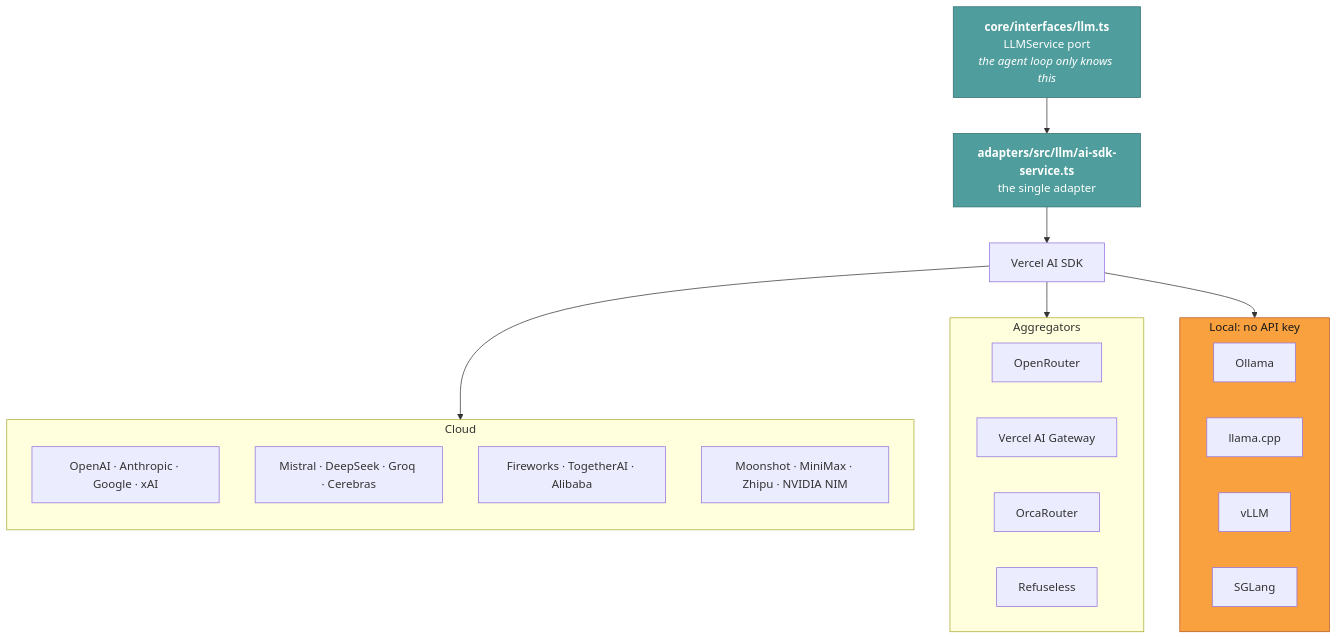
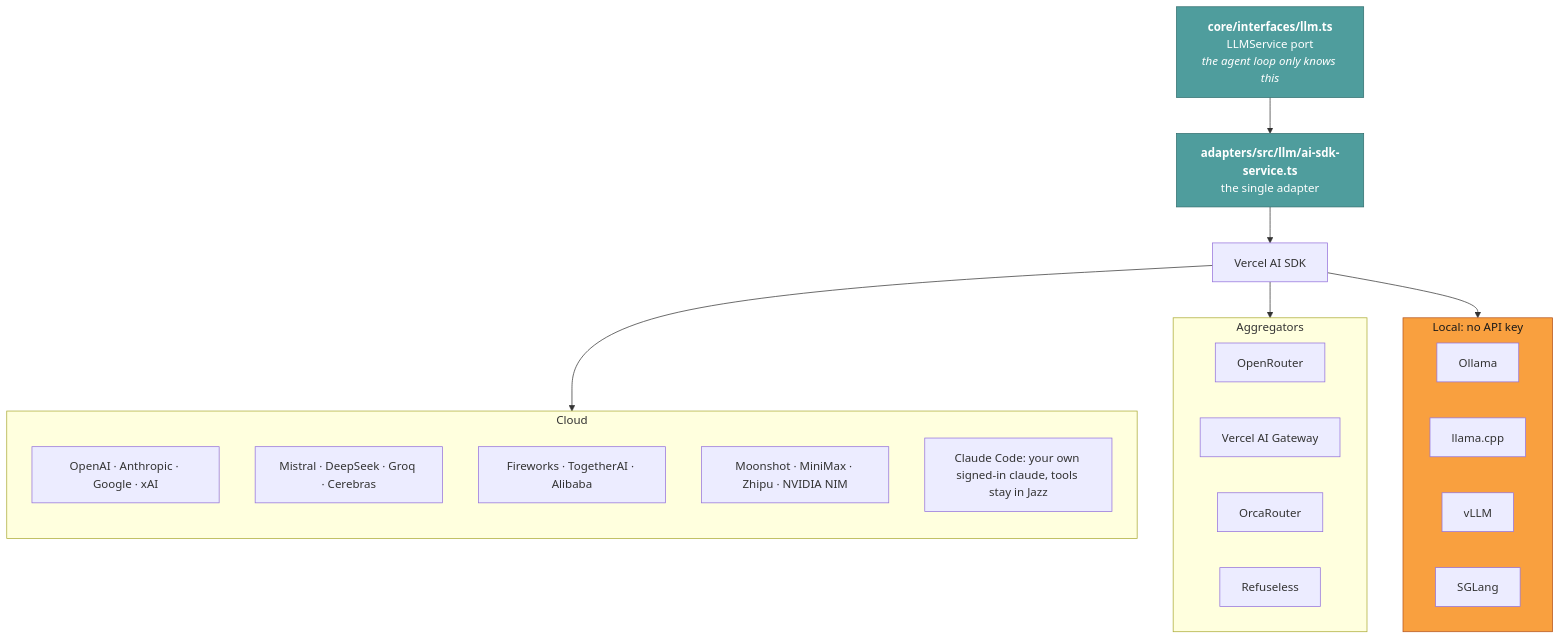
One commit to lvndry/jazz changed the first of 3 diagrams in docs/maintainers/add-a-provider.md. Above: the diagram before and after it, drawn with Mermaid. The commit also changed other lines of this file and 32 other files, not shown here.

First line of the commit message:
feat(providers): run Claude models through the user's own Claude Code (#937)

````diff
--- a/docs/maintainers/add-a-provider.md
+++ b/docs/maintainers/add-a-provider.md
@@ -22,38 +22,39 @@
 ```mermaid
 flowchart TB
     CORE["<b>core/interfaces/llm.ts</b><br/>LLMService port<br/><i>the agent loop only knows this</i>"]
     IMPL["<b>adapters/src/llm/ai-sdk-service.ts</b><br/>the single adapter"]
     SDK["Vercel AI SDK"]
 
     subgraph cloud["Cloud"]
         direction TB
         C1["OpenAI · Anthropic · Google · xAI"]
         C2["Mistral · DeepSeek · Groq · Cerebras"]
         C3["Fireworks · TogetherAI · Alibaba"]
         C4["Moonshot · MiniMax · Zhipu · NVIDIA NIM"]
+        C5["Claude Code: your own signed-in claude, tools stay in Jazz"]
     end
 
     subgraph aggregators["Aggregators"]
         A1["OpenRouter"]
         A2["Vercel AI Gateway"]
         A3["OrcaRouter"]
         A4["Refuseless"]
     end
 
     subgraph local["Local: no API key"]
         L1["Ollama"]
         L2["llama.cpp"]
         L3["vLLM"]
         L4["SGLang"]
     end
 
     CORE --> IMPL --> SDK
     SDK --> cloud
     SDK --> aggregators
     SDK --> local
 
     classDef core fill:#4f9d9d,stroke:#2f6d6d,color:#ffffff
     classDef free fill:#f9a03f,stroke:#b3541e,color:#1a1a1a
     class CORE,IMPL core
     class local free
 ```
````
